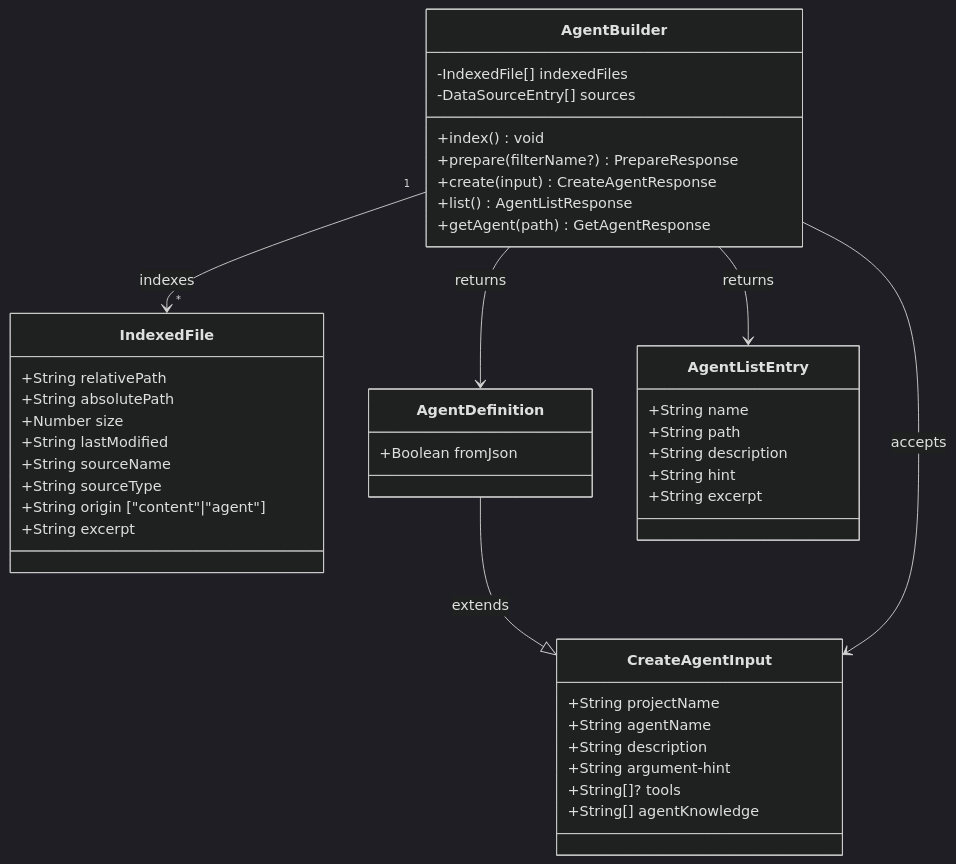
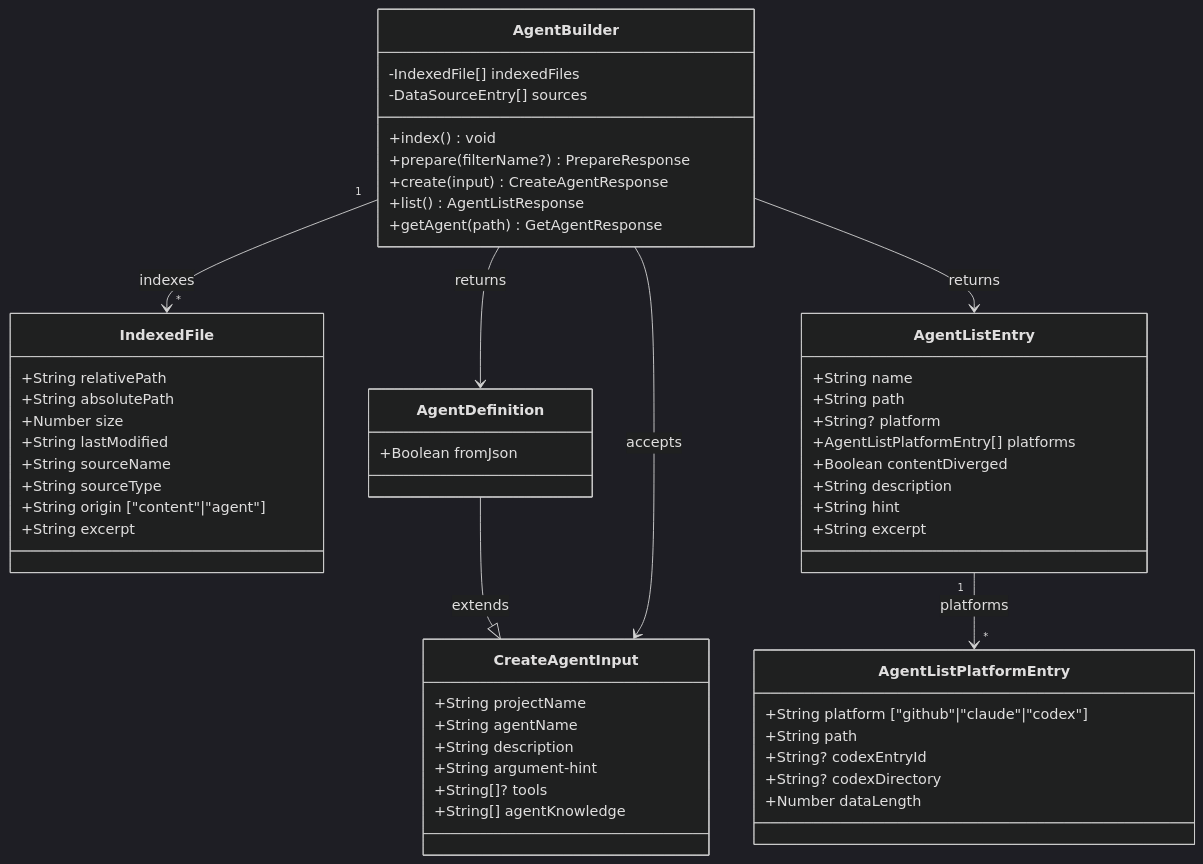
One commit to Kyliathy/context-core changed the fourth of 12 diagrams in server/zz-reach2/architecture/agents/archi-agent-builder.md. Above: the diagram before and after it, drawn with Mermaid (dark theme). The commit also changed other lines of this file and 23 other files, not shown here.

First line of the commit message:
feat(agent-builder): add Codex agent support and improve multi-path handling

````diff
--- a/server/zz-reach2/architecture/agents/archi-agent-builder.md
+++ b/server/zz-reach2/architecture/agents/archi-agent-builder.md
@@ -201,51 +222,64 @@
 ```mermaid
 classDiagram
     class IndexedFile {
         +String relativePath
         +String absolutePath
         +Number size
         +String lastModified
         +String sourceName
         +String sourceType
         +String origin ["content"|"agent"]
         +String excerpt
     }
 
     class CreateAgentInput {
         +String projectName
         +String agentName
         +String description
         +String argument-hint
         +String[]? tools
         +String[] agentKnowledge
     }
 
     class AgentDefinition {
         +Boolean fromJson
     }
 
+    class AgentListPlatformEntry {
+        +String platform ["github"|"claude"|"codex"]
+        +String path
+        +String? codexEntryId
+        +String? codexDirectory
+        +Number dataLength
+    }
+
     class AgentListEntry {
         +String name
         +String path
+        +String? platform
+        +AgentListPlatformEntry[] platforms
+        +Boolean contentDiverged
         +String description
         +String hint
         +String excerpt
     }
+
+    AgentListEntry "1" --> "*" AgentListPlatformEntry : platforms
 
     AgentDefinition --|> CreateAgentInput : extends
 
     class AgentBuilder {
         -IndexedFile[] indexedFiles
         -DataSourceEntry[] sources
         +index() void
         +prepare(filterName?) PrepareResponse
         +create(input) CreateAgentResponse
         +list() AgentListResponse
         +getAgent(path) GetAgentResponse
     }
 
     AgentBuilder "1" --> "*" IndexedFile : indexes
     AgentBuilder --> CreateAgentInput : accepts
     AgentBuilder --> AgentDefinition : returns
     AgentBuilder --> AgentListEntry : returns
 ```
````
